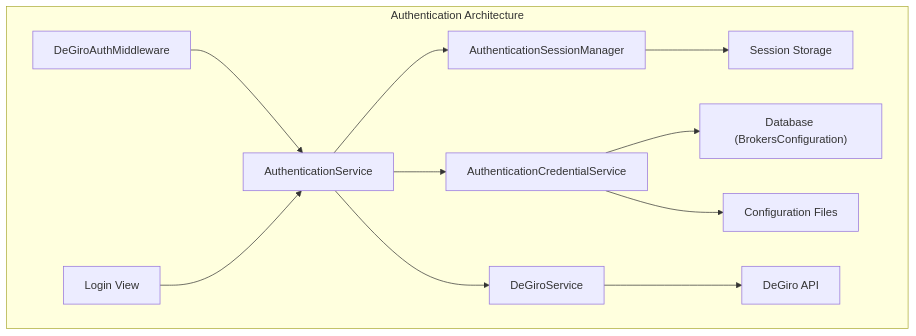
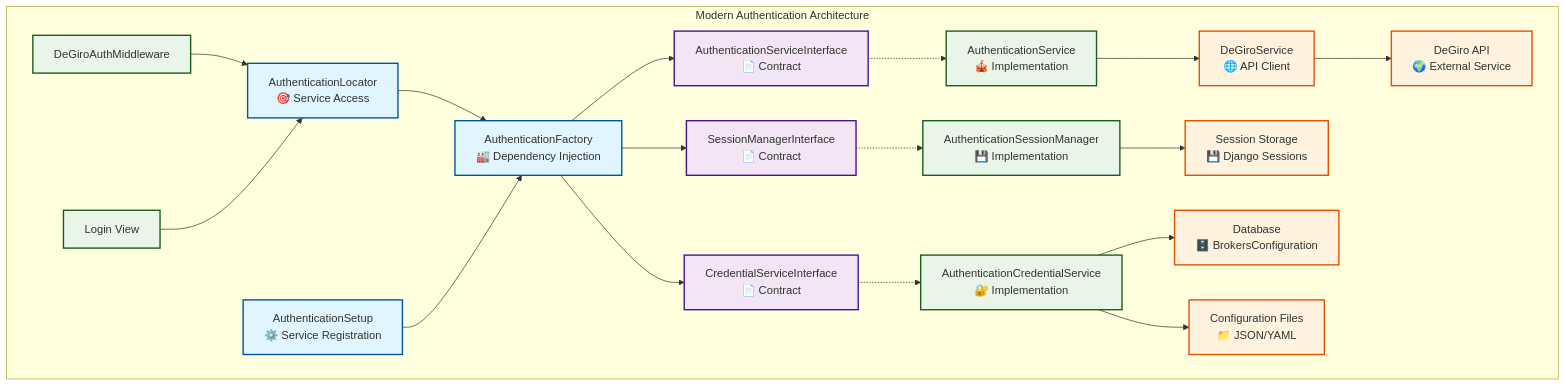
Before and after one commit to ctasada/stonks-overwatch: the diagram in docs/DEGIRO_AUTH_ARCHITECTURE.md, drawn with Mermaid. The commit also changed other lines of this file and 6 other files, not shown here.

````diff
--- a/docs/DEGIRO_AUTH_ARCHITECTURE.md
+++ b/docs/DEGIRO_AUTH_ARCHITECTURE.md
@@ -17,17 +21,36 @@
 ```mermaid
 graph TD
-    subgraph "Authentication Architecture"
-        MW["DeGiroAuthMiddleware"] --> AS["AuthenticationService"]
-        LV["Login View"] --> AS
+    subgraph "Modern Authentication Architecture"
+        AL["AuthenticationLocator<br/>🎯 Service Access"] --> AF["AuthenticationFactory<br/>🏭 Dependency Injection"]
+        AS_SETUP["AuthenticationSetup<br/>⚙️ Service Registration"] --> AF
 
-        AS --> ASM["AuthenticationSessionManager"]
-        AS --> ACS["AuthenticationCredentialService"]
-        AS --> DS["DeGiroService"]
+        AF --> ASM_I["SessionManagerInterface<br/>📄 Contract"]
+        AF --> ACS_I["CredentialServiceInterface<br/>📄 Contract"]
+        AF --> AS_I["AuthenticationServiceInterface<br/>📄 Contract"]
 
-        ASM --> SS["Session Storage"]
-        ACS --> DB["Database (BrokersConfiguration)"]
-        ACS --> CFG["Configuration Files"]
+        ASM_I -.-> ASM["AuthenticationSessionManager<br/>💾 Implementation"]
+        ACS_I -.-> ACS["AuthenticationCredentialService<br/>🔐 Implementation"]
+        AS_I -.-> AS["AuthenticationService<br/>🎪 Implementation"]
 
-        DS --> API["DeGiro API"]
+        MW["DeGiroAuthMiddleware"] --> AL
+        LV["Login View"] --> AL
+
+        AS --> DS["DeGiroService<br/>🌐 API Client"]
+
+        ASM --> SS["Session Storage<br/>💾 Django Sessions"]
+        ACS --> DB["Database<br/>🗄️ BrokersConfiguration"]
+        ACS --> CFG["Configuration Files<br/>📁 JSON/YAML"]
+
+        DS --> API["DeGiro API<br/>🌍 External Service"]
     end
+
+    classDef modern fill:#e1f5fe,stroke:#01579b,stroke-width:2px
+    classDef interface fill:#f3e5f5,stroke:#4a148c,stroke-width:2px
+    classDef implementation fill:#e8f5e8,stroke:#1b5e20,stroke-width:2px
+    classDef external fill:#fff3e0,stroke:#e65100,stroke-width:2px
+
+    class AL,AF,AS_SETUP modern
+    class ASM_I,ACS_I,AS_I interface
+    class ASM,ACS,AS,MW,LV implementation
+    class DS,API,SS,DB,CFG external
 ```
````
